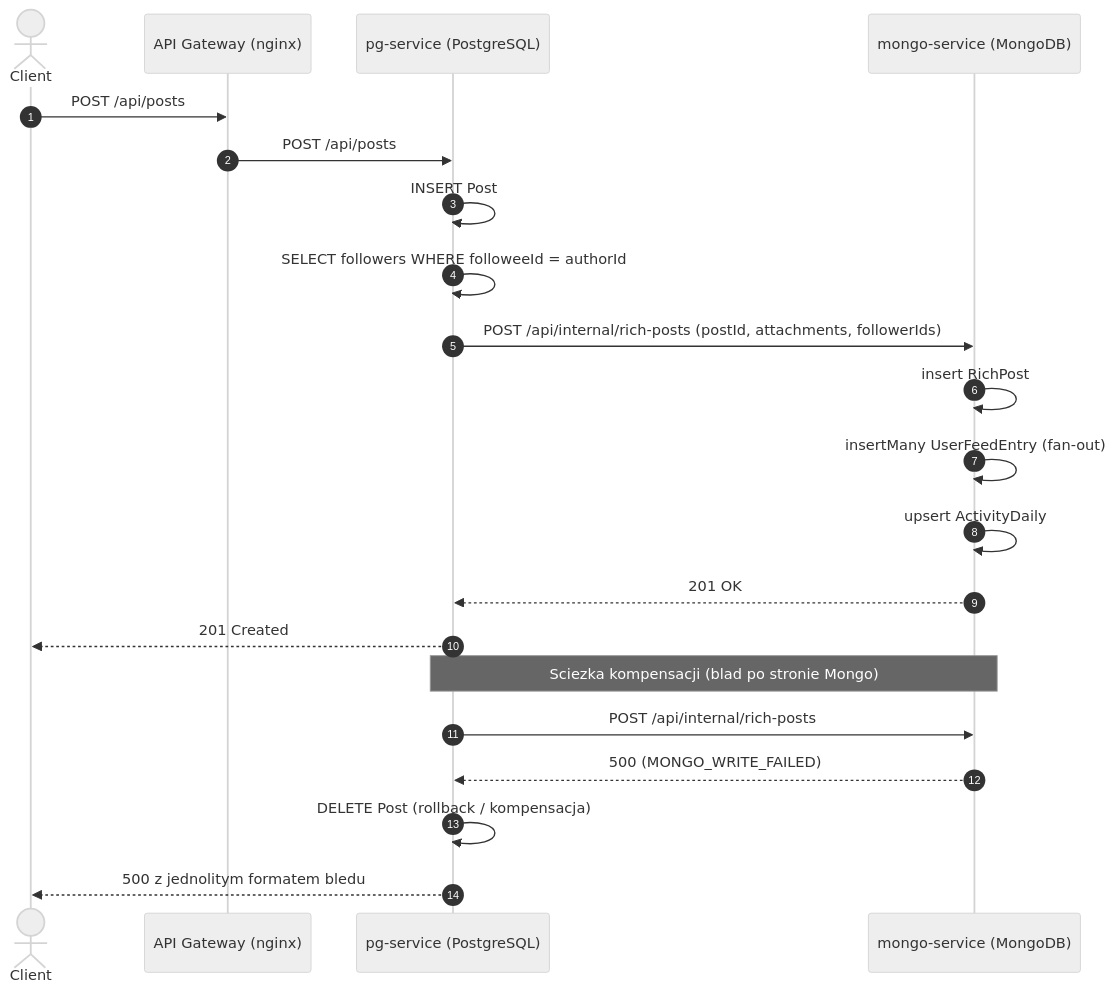
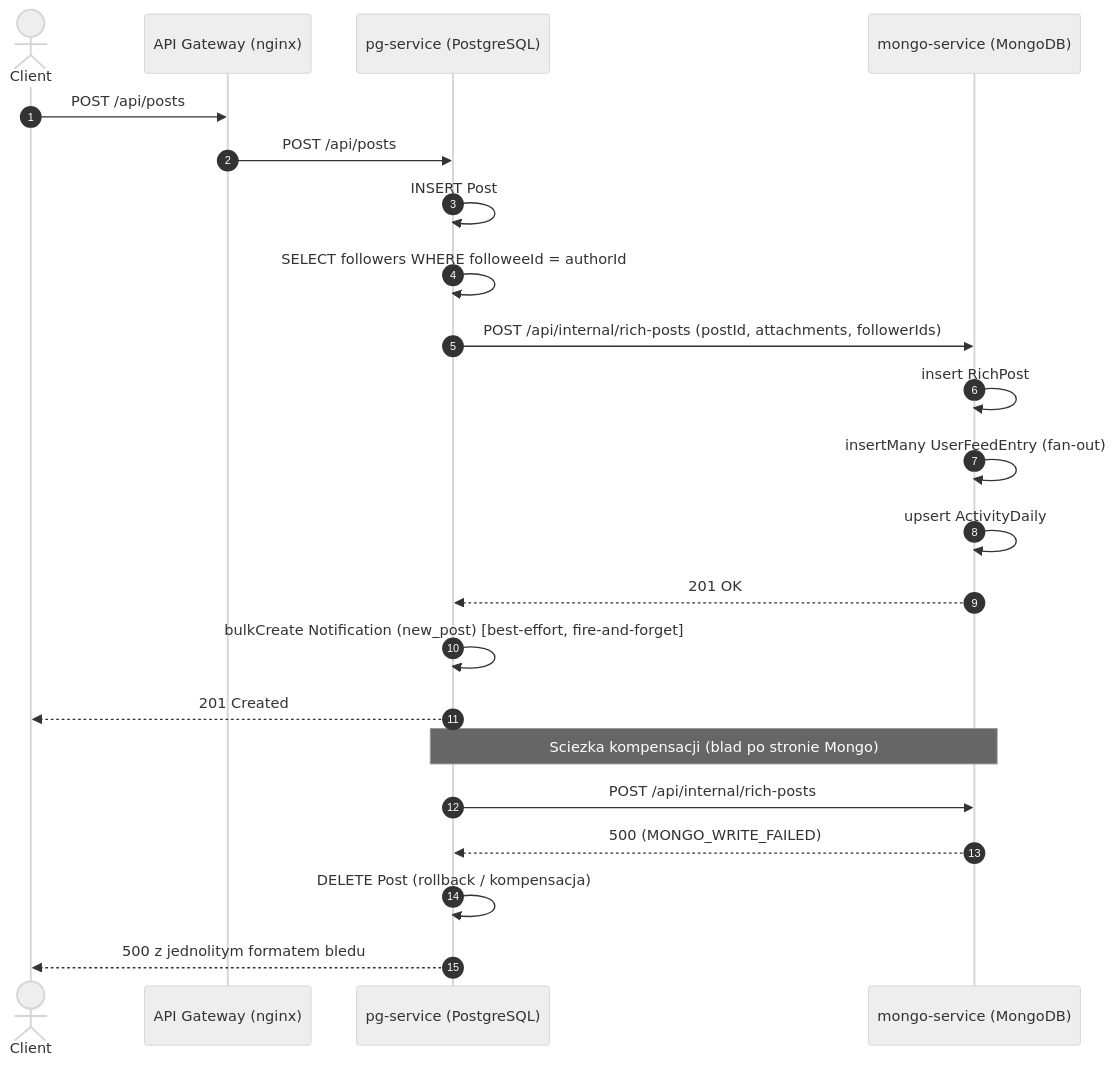
Before and after one commit to pbaglaj/social-api-polyglot: the first of 2 diagrams in backend/README.md, drawn with Mermaid (neutral theme). The commit also changed other lines of this file, not shown here.

````diff
--- a/backend/README.md
+++ b/backend/README.md
@@ -50,25 +51,26 @@
 ```mermaid
 sequenceDiagram
     autonumber
     actor Client
     participant GW as API Gateway (nginx)
     participant PG as pg-service (PostgreSQL)
     participant MS as mongo-service (MongoDB)
 
     Client->>GW: POST /api/posts
     GW->>PG: POST /api/posts
     PG->>PG: INSERT Post
     PG->>PG: SELECT followers WHERE followeeId = authorId
     PG->>MS: POST /api/internal/rich-posts (postId, attachments, followerIds)
     MS->>MS: insert RichPost
     MS->>MS: insertMany UserFeedEntry (fan-out)
     MS->>MS: upsert ActivityDaily
     MS-->>PG: 201 OK
+    PG->>PG: bulkCreate Notification (new_post) [best-effort, fire-and-forget]
     PG-->>Client: 201 Created
 
     Note over PG,MS: Sciezka kompensacji (blad po stronie Mongo)
     PG->>MS: POST /api/internal/rich-posts
     MS-->>PG: 500 (MONGO_WRITE_FAILED)
     PG->>PG: DELETE Post (rollback / kompensacja)
     PG-->>Client: 500 z jednolitym formatem bledu
 ```
````
